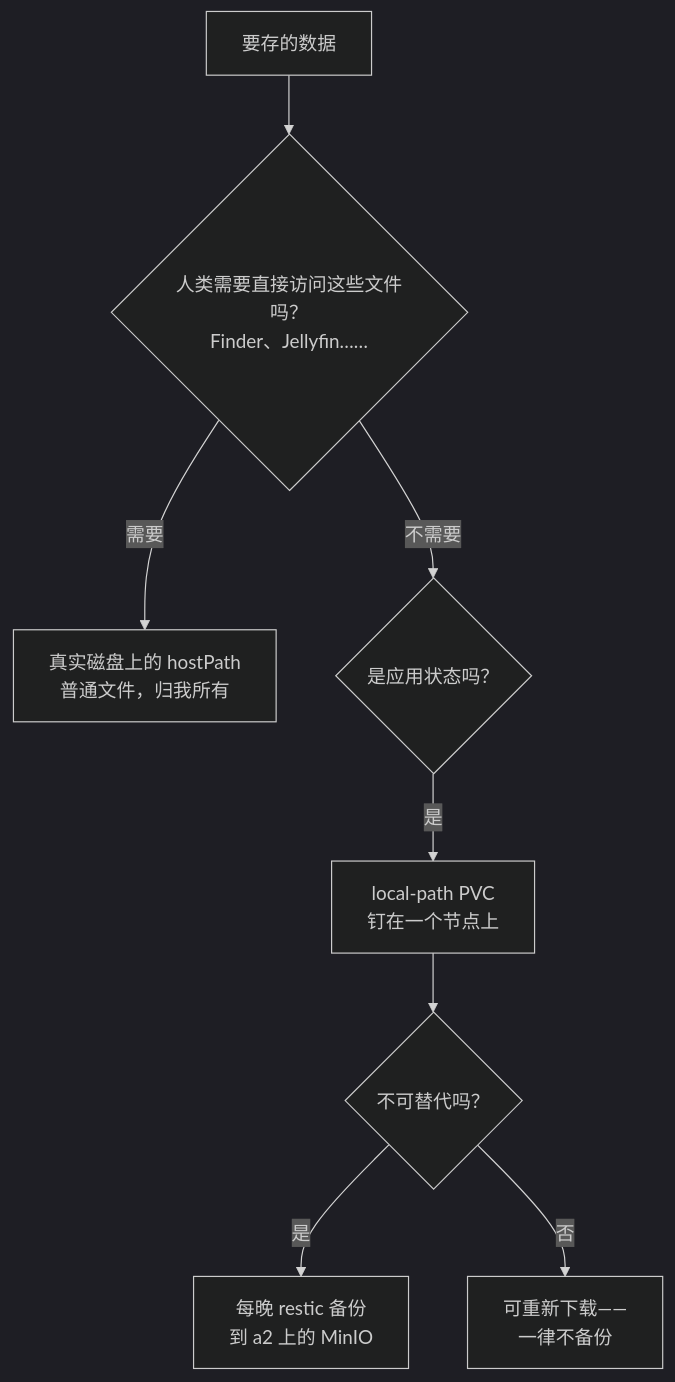
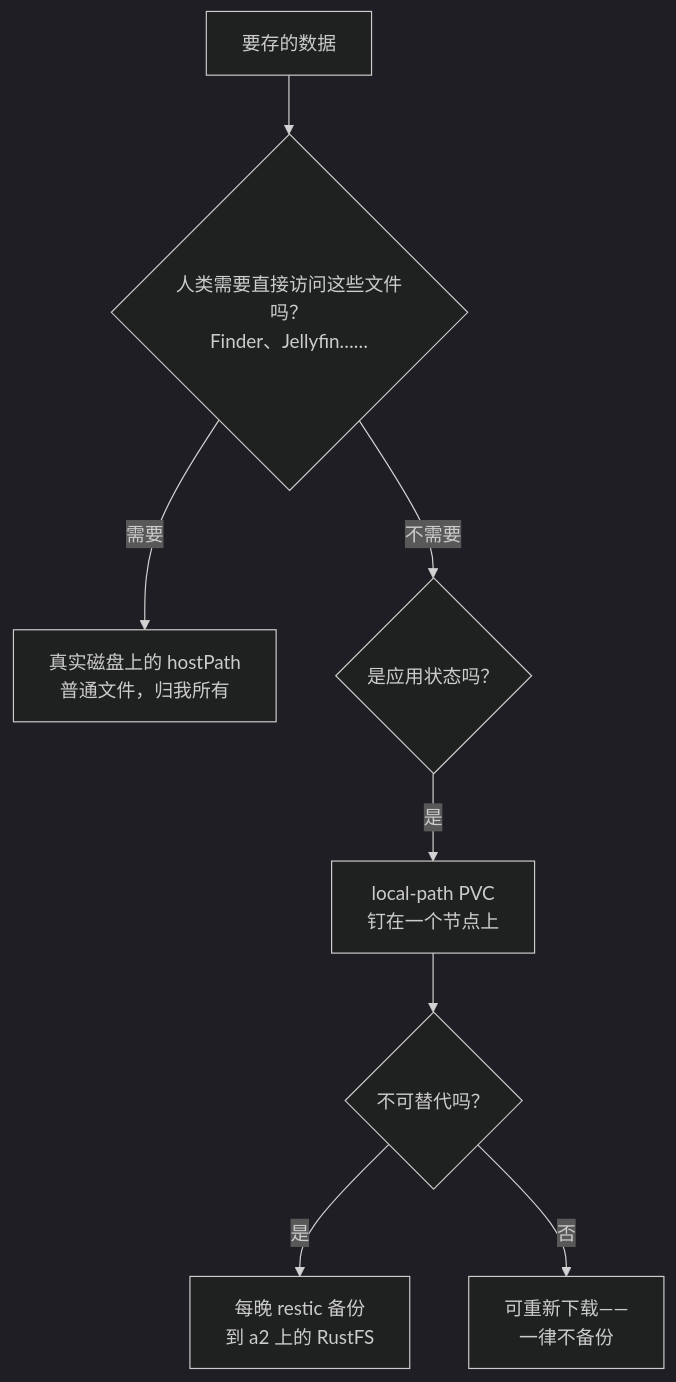
One commit to briancaffey/home-lab changed the diagram in docs-site/i18n/zh-Hans/docusaurus-plugin-content-docs/current/foundations/storage.md. Above: the diagram before and after it, drawn with Mermaid (dark theme). The commit also changed other lines of this file and 28 other files, not shown here.

````diff
--- a/docs-site/i18n/zh-Hans/docusaurus-plugin-content-docs/current/foundations/storage.md
+++ b/docs-site/i18n/zh-Hans/docusaurus-plugin-content-docs/current/foundations/storage.md
@@ -14,10 +14,10 @@
 ```mermaid
 graph TD
     A[要存的数据] --> B{人类需要直接访问这些文件吗？<br/>Finder、Jellyfin……}
     B -- 需要 --> C[真实磁盘上的 hostPath<br/>普通文件，归我所有]
     B -- 不需要 --> D{是应用状态吗？}
     D -- 是 --> E[local-path PVC<br/>钉在一个节点上]
     E --> F{不可替代吗？}
-    F -- 是 --> G[每晚 restic 备份<br/>到 a2 上的 MinIO]
+    F -- 是 --> G[每晚 restic 备份<br/>到 a2 上的 RustFS]
     F -- 否 --> H[可重新下载——<br/>一律不备份]
 ```
````
